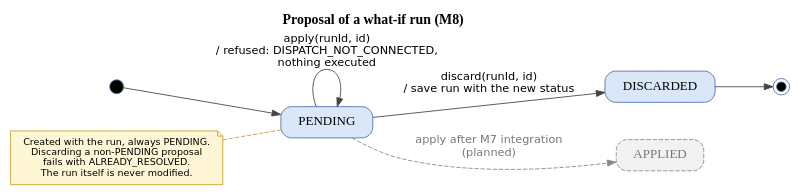
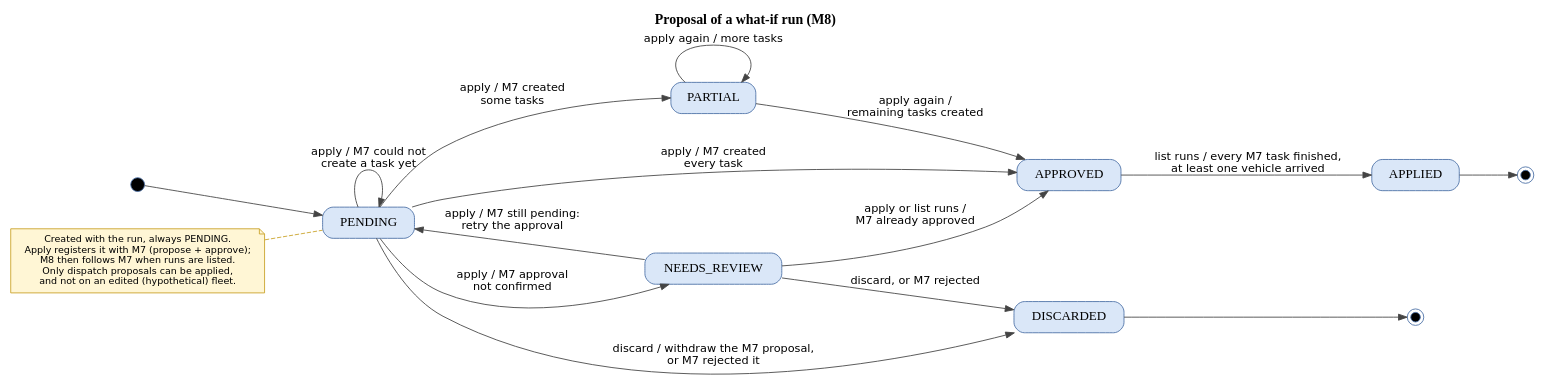
The diagram in docs/tools_for_figures/graphviz_dot/m8/m8_state.dot (Jennie3306/smart-emobility-hub), drawn with Graphviz before and after one commit. The commit also changed 22 other files, not shown here.

First line of the commit message:
[DOCS][M8] Update M8 diagrams, contracts, runbook and screenshots to the current behavior

```diff
--- a/docs/tools_for_figures/graphviz_dot/m8/m8_state.dot
+++ b/docs/tools_for_figures/graphviz_dot/m8/m8_state.dot
@@ -1,18 +1,31 @@
 digraph G {
 rankdir=LR; nodesep=0.6; ranksep=0.9; fontname="DejaVu Sans Bold";
 node [shape=box, style="rounded,filled", fillcolor="#dae7f8", color="#4a6fa5", fontname="DejaVu Sans Bold", fontsize=15, margin="0.2,0.1"];
 edge [fontname="DejaVu Sans", fontsize=13, color="#444444"];
 label=<<b>Proposal of a what-if run (M8)</b>>; labelloc=t; fontsize=16;
 __init [shape=circle, style=filled, fillcolor=black, label="", width=0.22];
 __init -> "PENDING";
 "PENDING" [];
+"NEEDS_REVIEW" [];
+"PARTIAL" [];
+"APPROVED" [];
+"APPLIED" [];
 "DISCARDED" [];
-"APPLIED" [style="rounded,dashed,filled", fillcolor="#f2f2f2", color="#888888", fontcolor="#777777"];
 __fin0 [shape=doublecircle, style=filled, fillcolor=black, label="", width=0.15];
-"DISCARDED" -> __fin0;
-"PENDING" -> "DISCARDED" [label="discard(runId, id)\n/ save run with the new status" ];
-"PENDING" -> "PENDING" [label="apply(runId, id)\n/ refused: DISPATCH_NOT_CONNECTED,\nnothing executed" ];
-"PENDING" -> "APPLIED" [label="apply after M7 integration\n(planned)" style=dashed, color="#888888", fontcolor="#777777"];
-note [shape=note, style=filled, fillcolor="#fff6d5", color="#c9a227", fontname="DejaVu Sans", fontsize=11, label="Created with the run, always PENDING.\nDiscarding a non-PENDING proposal\nfails with ALREADY_RESOLVED.\nThe run itself is never modified."];
+"APPLIED" -> __fin0;
+__fin1 [shape=doublecircle, style=filled, fillcolor=black, label="", width=0.15];
+"DISCARDED" -> __fin1;
+"PENDING" -> "DISCARDED" [label="discard / withdraw the M7 proposal,\nor M7 rejected it" ];
+"PENDING" -> "PENDING" [label="apply / M7 could not\ncreate a task yet" ];
+"PENDING" -> "PARTIAL" [label="apply / M7 created\nsome tasks" ];
+"PENDING" -> "APPROVED" [label="apply / M7 created\nevery task" ];
+"PENDING" -> "NEEDS_REVIEW" [label="apply / M7 approval\nnot confirmed" ];
+"NEEDS_REVIEW" -> "PENDING" [label="apply / M7 still pending:\nretry the approval" ];
+"NEEDS_REVIEW" -> "APPROVED" [label="apply or list runs /\nM7 already approved" ];
+"NEEDS_REVIEW" -> "DISCARDED" [label="discard, or M7 rejected" ];
+"PARTIAL" -> "PARTIAL" [label="apply again / more tasks" ];
+"PARTIAL" -> "APPROVED" [label="apply again /\nremaining tasks created" ];
+"APPROVED" -> "APPLIED" [label="list runs / every M7 task finished,\nat least one vehicle arrived" ];
+note [shape=note, style=filled, fillcolor="#fff6d5", color="#c9a227", fontname="DejaVu Sans", fontsize=11, label="Created with the run, always PENDING.\nApply registers it with M7 (propose + approve);\nM8 then follows M7 when runs are listed.\nOnly dispatch proposals can be applied,\nand not on an edited (hypothetical) fleet."];
 note -> PENDING [style=dashed, arrowhead=none, color="#c9a227"];
 }
```
